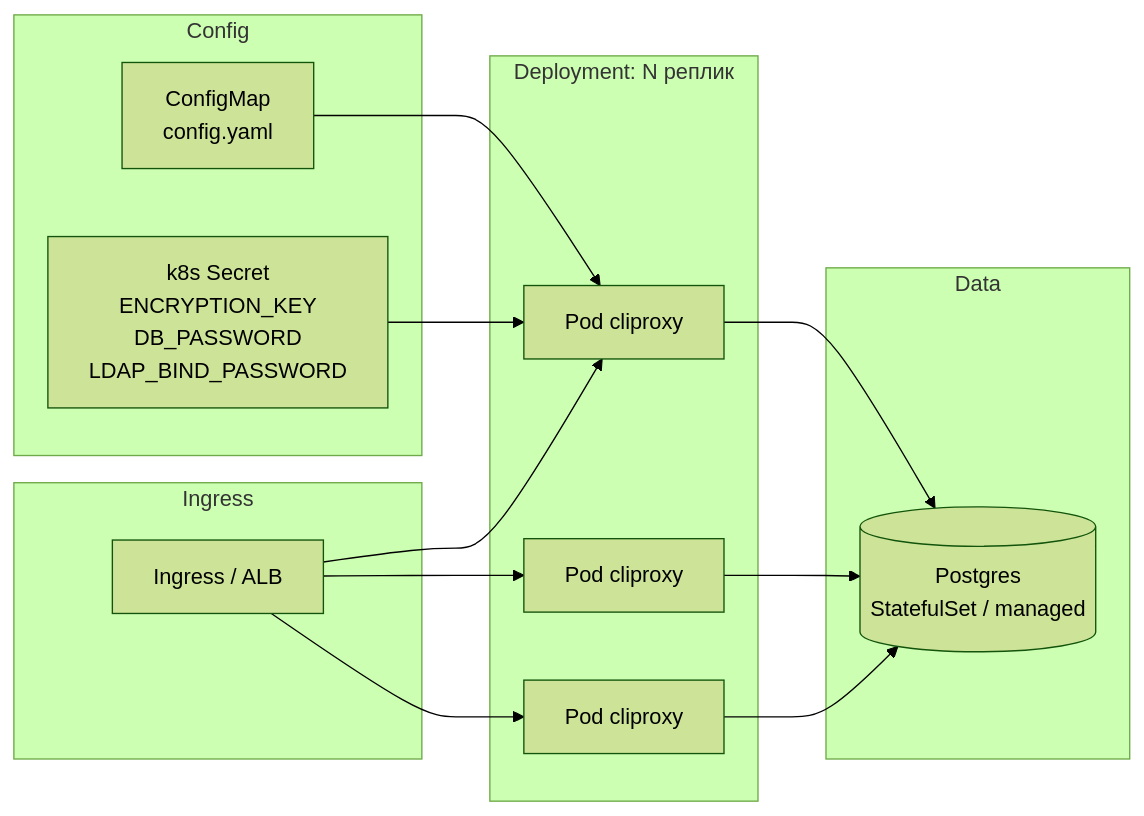
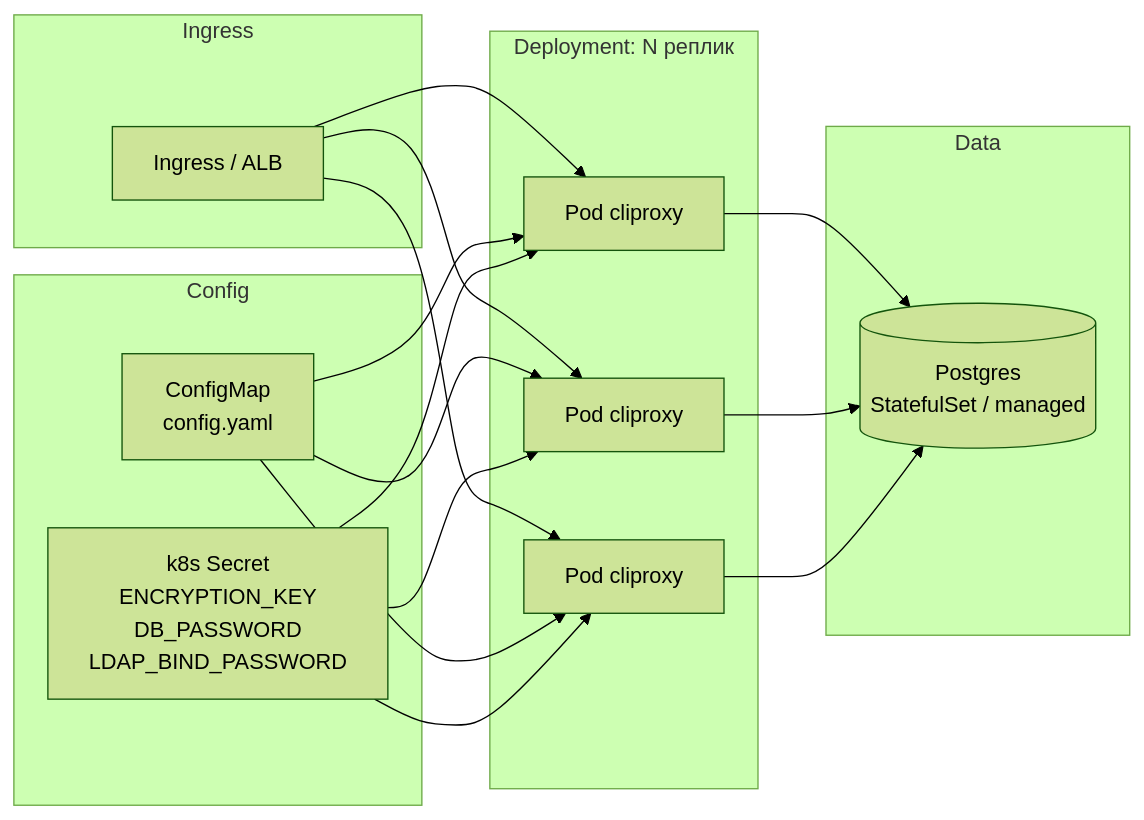
The seventh of 7 diagrams in docs/architecture.md (ilyast91/CLIProxyNew), drawn with Mermaid (forest theme) before and after one commit. The commit also changed other lines of this file and 2 other files, not shown here.

First line of the commit message:
docs: актуализация всех mermaid-диаграмм

````diff
--- a/docs/architecture.md
+++ b/docs/architecture.md
@@ -362,27 +382,31 @@
 ```mermaid
 graph LR
     subgraph Ingress["Ingress"]
         ALB["Ingress / ALB"]
     end
     subgraph Deploy["Deployment: N реплик"]
         P1["Pod cliproxy"]
         P2["Pod cliproxy"]
         P3["Pod cliproxy"]
     end
     subgraph Config["Config"]
         CM["ConfigMap<br/>config.yaml"]
         SEC["k8s Secret<br/>ENCRYPTION_KEY<br/>DB_PASSWORD<br/>LDAP_BIND_PASSWORD"]
     end
     subgraph Data["Data"]
         PG[("Postgres<br/>StatefulSet / managed")]
     end
 
     ALB --> P1
     ALB --> P2
     ALB --> P3
     CM --> P1
+    CM --> P2
+    CM --> P3
     SEC --> P1
+    SEC --> P2
+    SEC --> P3
     P1 --> PG
     P2 --> PG
     P3 --> PG
 ```
````
